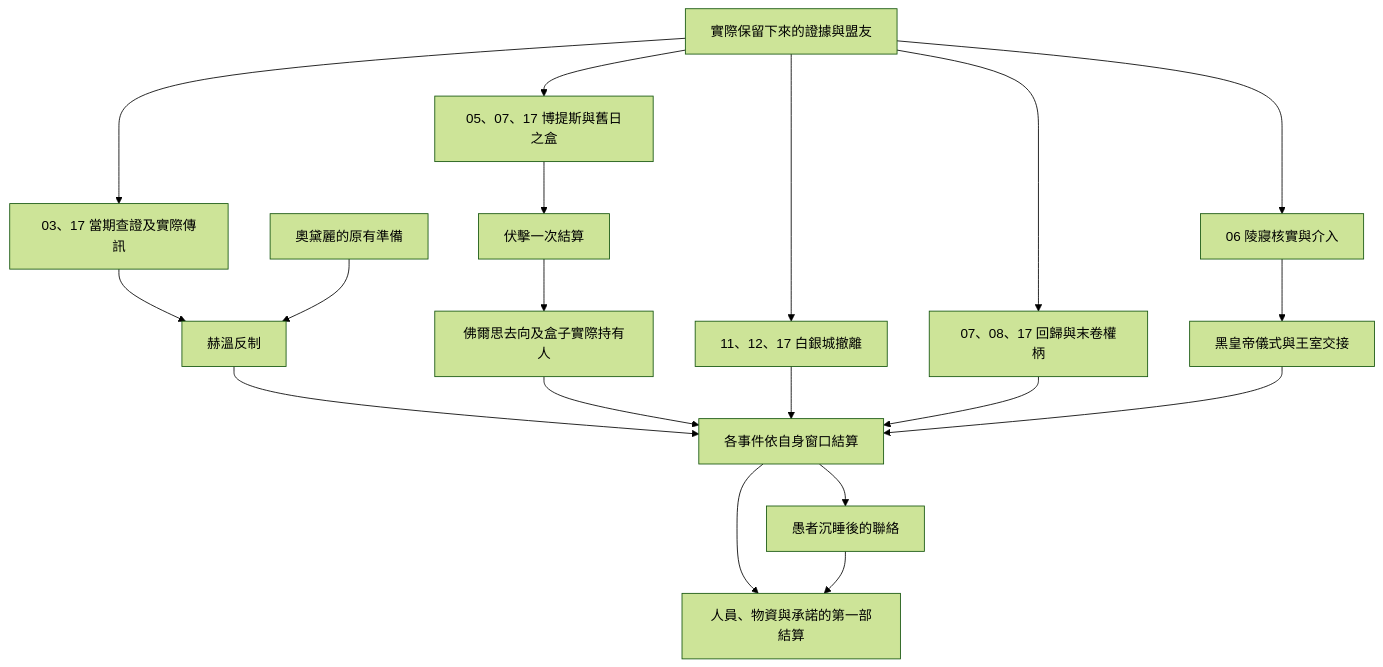
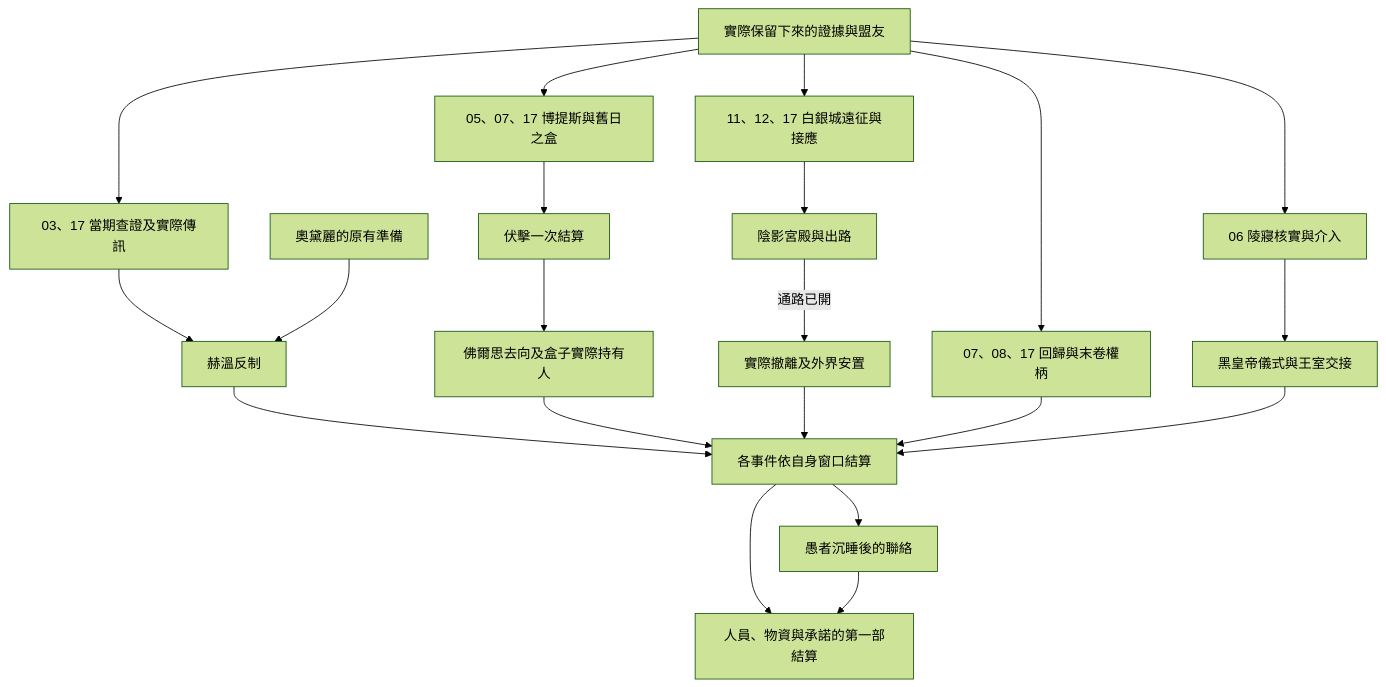
One commit to dragon961204-cmd/- changed the sixth of 7 diagrams in game/events/part_one_story_tree.md. Above: the diagram before and after it, drawn with Mermaid (forest theme). The commit also changed other lines of this file, not shown here.

Commit message:
第二十五批白銀城遠征與外界接應 part_one_story_tree.md

````diff
--- a/game/events/part_one_story_tree.md
+++ b/game/events/part_one_story_tree.md
@@ -136,21 +136,23 @@
 ```mermaid
 flowchart TD
     A["實際保留下來的證據與盟友"] --> L["03、17 當期查證及實際傳訊"]
     L --> B["赫溫反制"]
     M["奧黛麗的原有準備"] --> B
     A --> C["05、07、17 博提斯與舊日之盒"]
-    A --> D["11、12、17 白銀城撤離"]
+    A --> D["11、12、17 白銀城遠征與接應"]
     A --> E["07、08、17 回歸與末卷權柄"]
     B --> F["各事件依自身窗口結算"]
     C --> N["伏擊一次結算"]
     N --> O["佛爾思去向及盒子實際持有人"]
     O --> F
-    D --> F
+    D --> P["陰影宮殿與出路"]
+    P -->|"通路已開"| Q["實際撤離及外界安置"]
+    Q --> F
     E --> F
     A --> J["06 陵寢核實與介入"]
     J --> K["黑皇帝儀式與王室交接"]
     K --> F
     F --> G["愚者沉睡後的聯絡"]
     F --> H["人員、物資與承諾的第一部結算"]
     G --> H
 ```
````
